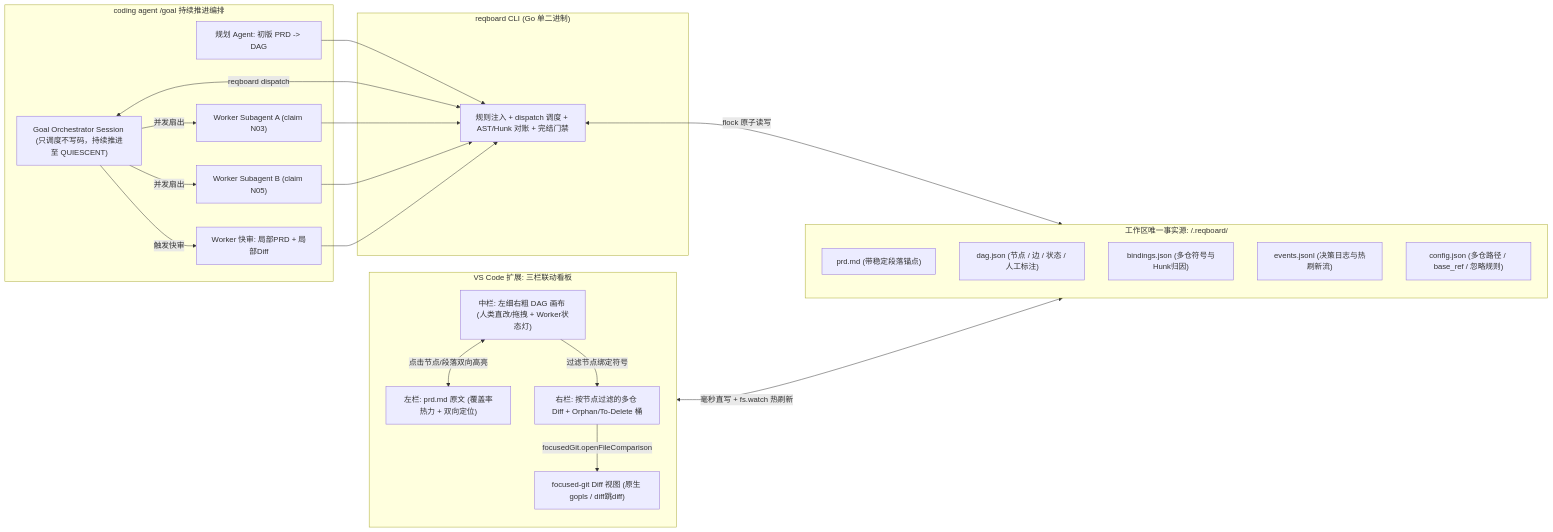
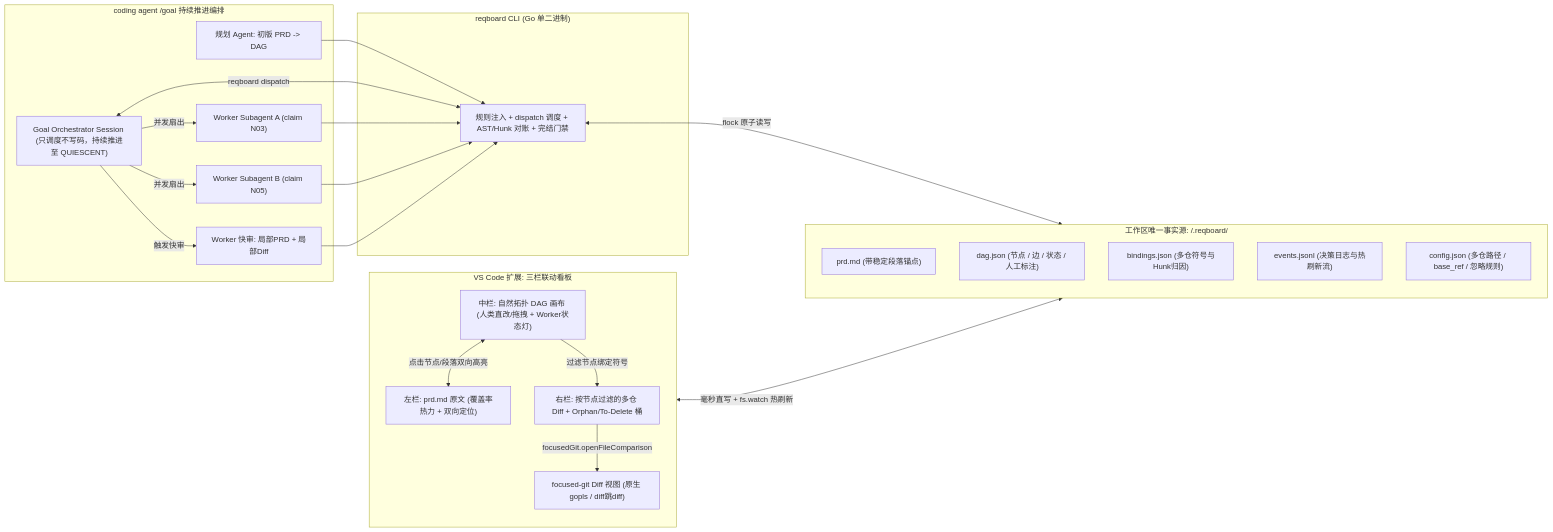
Before and after one commit to EAFA0/reqboard: the first of 3 diagrams in docs/DESIGN.md, drawn with Mermaid. The commit also changed other lines of this file and 32 other files, not shown here.

````diff
--- a/docs/DESIGN.md
+++ b/docs/DESIGN.md
@@ -24,43 +24,43 @@
 ```mermaid
 flowchart LR
     subgraph Storage["工作区唯一事实源: <worktree>/.reqboard/"]
         PRD["prd.md (带稳定段落锚点)"]
         DAG["dag.json (节点 / 边 / 状态 / 人工标注)"]
         BIND["bindings.json (多仓符号与Hunk归因)"]
         EVT["events.jsonl (决策日志与热刷新流)"]
         CFG["config.json (多仓路径 / base_ref / 忽略规则)"]
     end
 
     subgraph Agents["coding agent /goal 持续推进编排"]
         PLAN["规划 Agent: 初版 PRD -> DAG"]
         ORCH["Goal Orchestrator Session (只调度不写码，持续推进至 QUIESCENT)"]
         DEV1["Worker Subagent A (claim N03)"]
         DEV2["Worker Subagent B (claim N05)"]
         AUD["Worker 快审: 局部PRD + 局部Diff"]
         ORCH -->|"并发扇出"| DEV1
         ORCH -->|"并发扇出"| DEV2
         ORCH -->|"触发快审"| AUD
     end
 
     subgraph CLI["reqboard CLI (Go 单二进制)"]
         GATE["规则注入 + dispatch 调度 + AST/Hunk 对账 + 完结门禁"]
     end
 
     subgraph UI["VS Code 扩展: 三栏联动看板"]
         P1["左栏: prd.md 原文 (覆盖率热力 + 双向定位)"]
-        P2["中栏: 左细右粗 DAG 画布 (人类直改/拖拽 + Worker状态灯)"]
+        P2["中栏: 自然拓扑 DAG 画布 (人类直改/拖拽 + Worker状态灯)"]
         P3["右栏: 按节点过滤的多仓 Diff + Orphan/To-Delete 桶"]
         FG["focused-git Diff 视图 (原生 gopls / diff跳diff)"]
     end
 
     PLAN --> GATE
     ORCH <-->|"reqboard dispatch"| GATE
     DEV1 --> GATE
     DEV2 --> GATE
     AUD --> GATE
     GATE <-->|"flock 原子读写"| Storage
     UI <-->|"毫秒直写 + fs.watch 热刷新"| Storage
     P2 <-->|"点击节点/段落双向高亮"| P1
     P2 -->|"过滤节点绑定符号"| P3
     P3 -->|"focusedGit.openFileComparison"| FG
 ```
````
